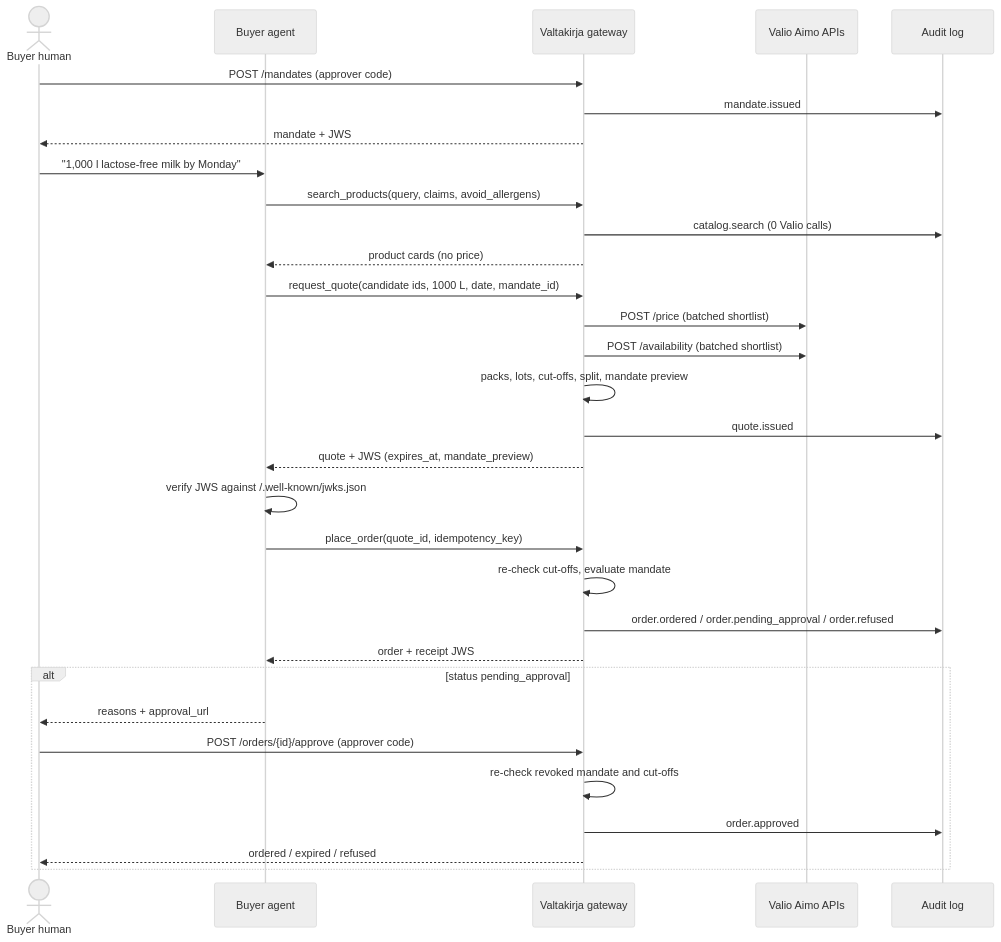
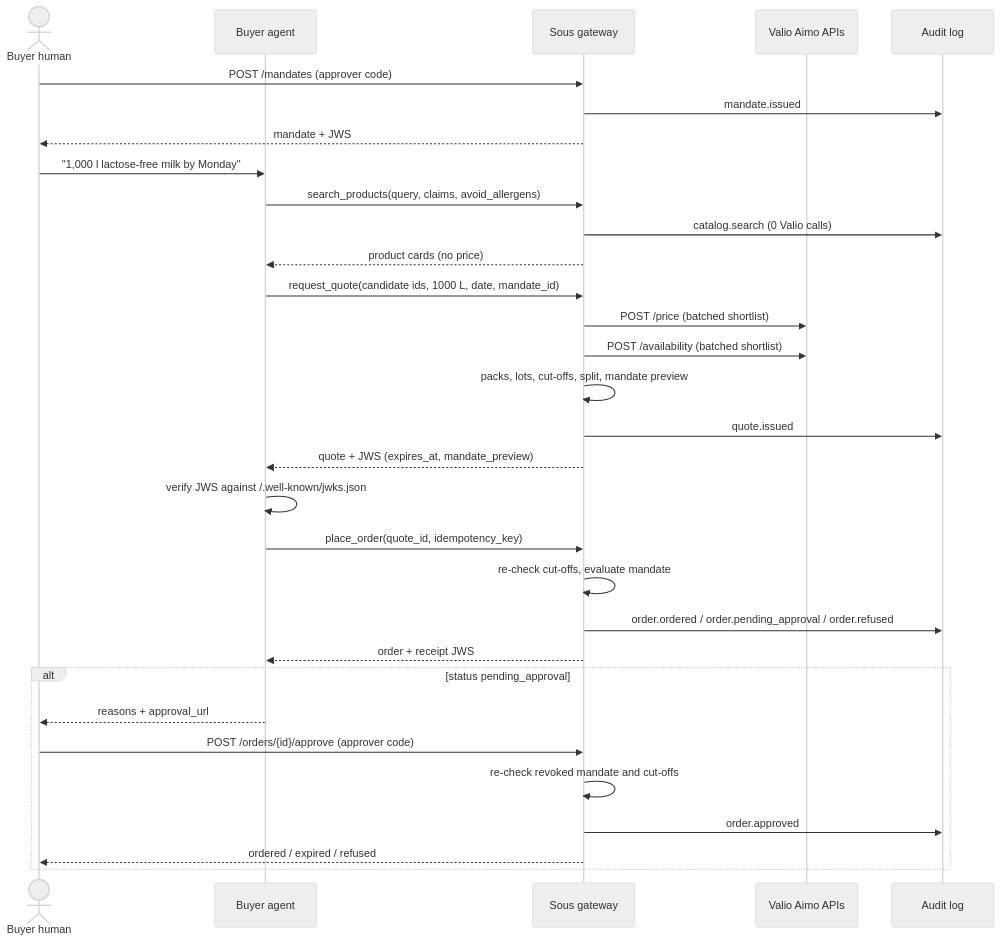
One commit to Zawaer/sous-gateway changed the second of 2 diagrams in docs/PROTOCOL.md. Above: the diagram before and after it, drawn with Mermaid (neutral theme). The commit also changed other lines of this file and 19 other files, not shown here.

````diff
--- a/docs/PROTOCOL.md
+++ b/docs/PROTOCOL.md
@@ -340,34 +340,34 @@
 ```mermaid
 sequenceDiagram
     actor H as Buyer human
     participant A as Buyer agent
-    participant G as Valtakirja gateway
+    participant G as Sous gateway
     participant V as Valio Aimo APIs
     participant L as Audit log
 
     H->>G: POST /mandates (approver code)
     G->>L: mandate.issued
     G-->>H: mandate + JWS
     H->>A: "1,000 l lactose-free milk by Monday"
     A->>G: search_products(query, claims, avoid_allergens)
     G->>L: catalog.search (0 Valio calls)
     G-->>A: product cards (no price)
     A->>G: request_quote(candidate ids, 1000 L, date, mandate_id)
     G->>V: POST /price (batched shortlist)
     G->>V: POST /availability (batched shortlist)
     G->>G: packs, lots, cut-offs, split, mandate preview
     G->>L: quote.issued
     G-->>A: quote + JWS (expires_at, mandate_preview)
     A->>A: verify JWS against /.well-known/jwks.json
     A->>G: place_order(quote_id, idempotency_key)
     G->>G: re-check cut-offs, evaluate mandate
     G->>L: order.ordered / order.pending_approval / order.refused
     G-->>A: order + receipt JWS
     alt status pending_approval
         A-->>H: reasons + approval_url
         H->>G: POST /orders/{id}/approve (approver code)
         G->>G: re-check revoked mandate and cut-offs
         G->>L: order.approved
         G-->>H: ordered / expired / refused
     end
 ```
````
